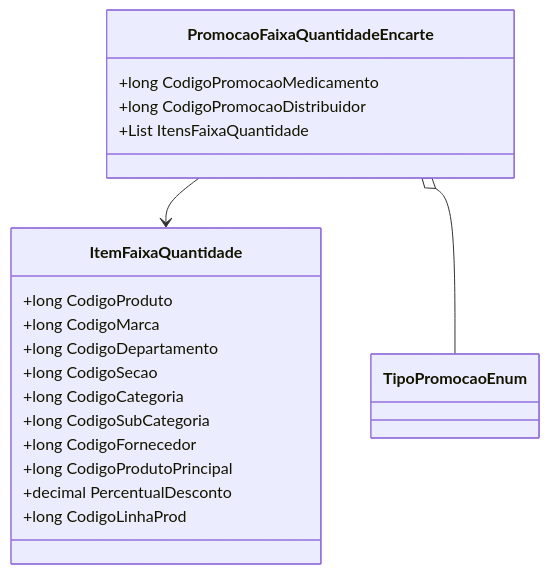
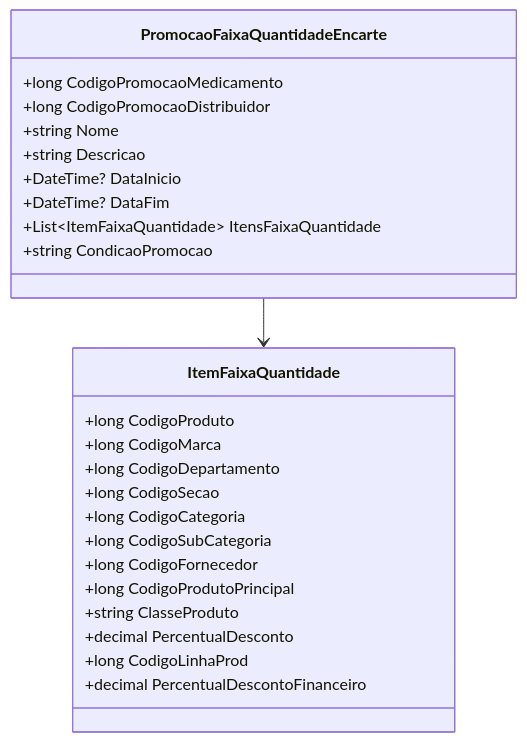
Before and after one commit to IsthmusSistemas/documentacao-tecnica: the diagram in docs/b2b-dominio/IsthmusWinthor.Nucleo/IsthmusWinthor.Dominio/POCO/Precos/PromocaoFaixaQuantidadeEncarte.md, drawn with Mermaid. The commit also changed other lines of this file and 882 other files, not shown here.

````diff
--- a/docs/b2b-dominio/IsthmusWinthor.Nucleo/IsthmusWinthor.Dominio/POCO/Precos/PromocaoFaixaQuantidadeEncarte.md
+++ b/docs/b2b-dominio/IsthmusWinthor.Nucleo/IsthmusWinthor.Dominio/POCO/Precos/PromocaoFaixaQuantidadeEncarte.md
@@ -32,24 +25,30 @@
 ```mermaid
 classDiagram
     class PromocaoFaixaQuantidadeEncarte {
         +long CodigoPromocaoMedicamento
         +long CodigoPromocaoDistribuidor
-        +List<ItemFaixaQuantidade> ItensFaixaQuantidade
+        +string Nome
+        +string Descricao
+        +DateTime? DataInicio
+        +DateTime? DataFim
+        +List~ItemFaixaQuantidade~ ItensFaixaQuantidade
+        +string CondicaoPromocao
     }
 
     class ItemFaixaQuantidade {
         +long CodigoProduto
         +long CodigoMarca
         +long CodigoDepartamento
         +long CodigoSecao
         +long CodigoCategoria
         +long CodigoSubCategoria
         +long CodigoFornecedor
         +long CodigoProdutoPrincipal
+        +string ClasseProduto
         +decimal PercentualDesconto
         +long CodigoLinhaProd
+        +decimal PercentualDescontoFinanceiro
     }
 
     PromocaoFaixaQuantidadeEncarte --> ItemFaixaQuantidade
-    PromocaoFaixaQuantidadeEncarte o-- TipoPromocaoEnum
 ```
````
